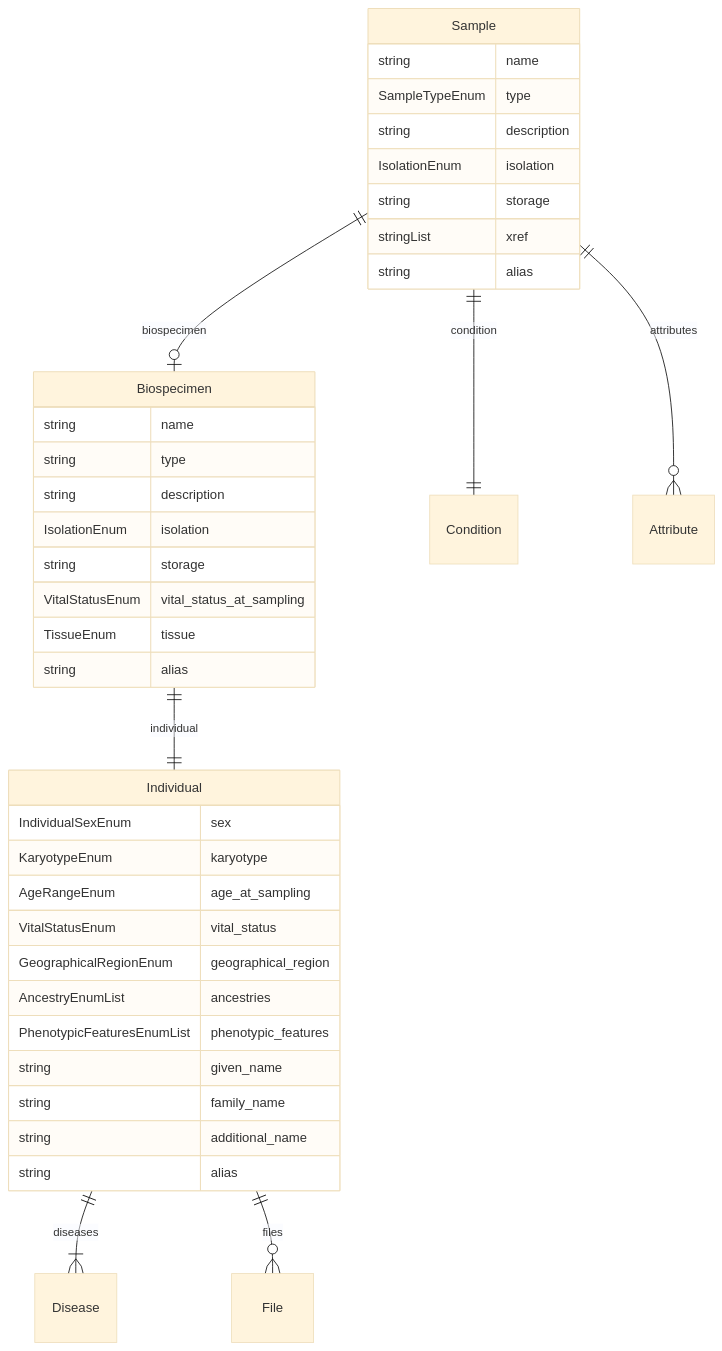
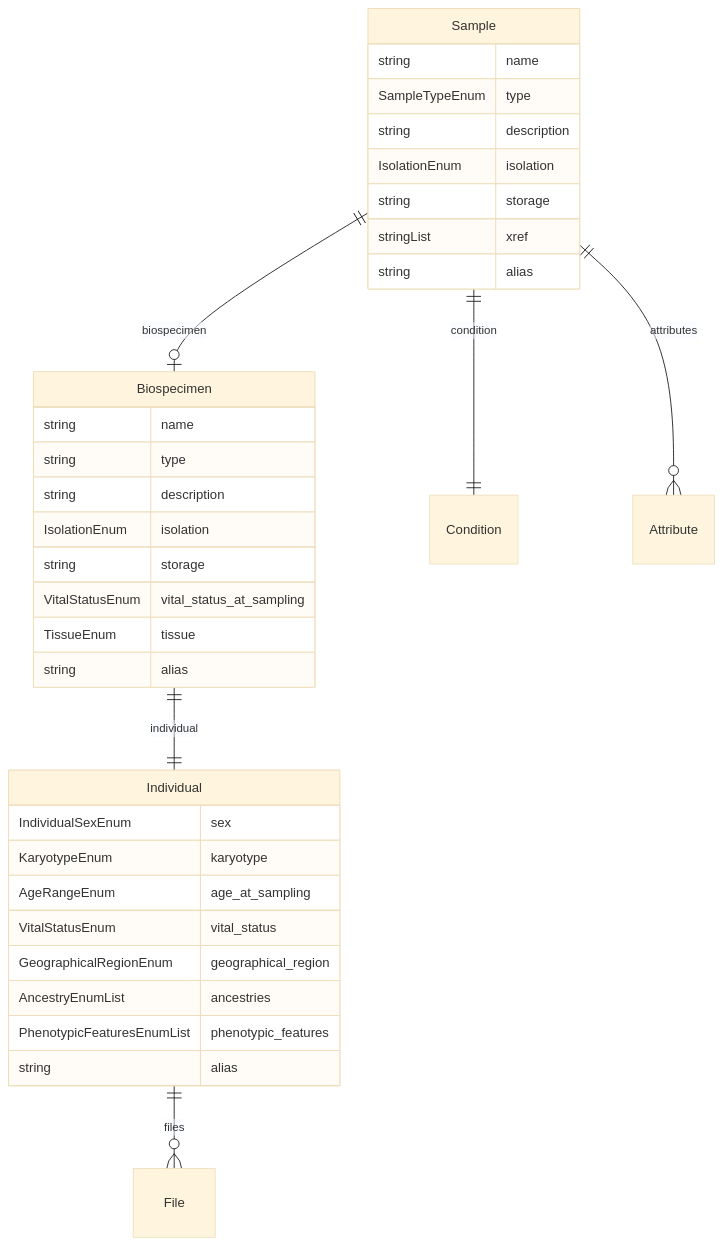
Before and after one commit to ghga-de/ghga-metadata-schema: the fifth of 7 diagrams in docs/entity_relations.md, drawn with Mermaid (base theme). The commit also changed other lines of this file and 160 other files, not shown here.

````diff
--- a/docs/entity_relations.md
+++ b/docs/entity_relations.md
@@ -243,43 +238,39 @@
 ```mermaid
 erDiagram
 Individual {
     IndividualSexEnum sex  
     KaryotypeEnum karyotype  
     AgeRangeEnum age_at_sampling  
     VitalStatusEnum vital_status  
     GeographicalRegionEnum geographical_region  
     AncestryEnumList ancestries  
     PhenotypicFeaturesEnumList phenotypic_features  
-    string given_name  
-    string family_name  
-    string additional_name  
     string alias  
 }
 Biospecimen {
     string name  
     string type  
     string description  
     IsolationEnum isolation  
     string storage  
     VitalStatusEnum vital_status_at_sampling  
     TissueEnum tissue  
     string alias  
 }
 Sample {
     string name  
     SampleTypeEnum type  
     string description  
     IsolationEnum isolation  
     string storage  
     stringList xref  
     string alias  
 }
 
-Individual ||--}| Disease : "diseases"
 Individual ||--}o File : "files"
 Biospecimen ||--|| Individual : "individual"
 Sample ||--|o Biospecimen : "biospecimen"
 Sample ||--|| Condition : "condition"
 Sample ||--}o Attribute : "attributes"
 
 ```
````
